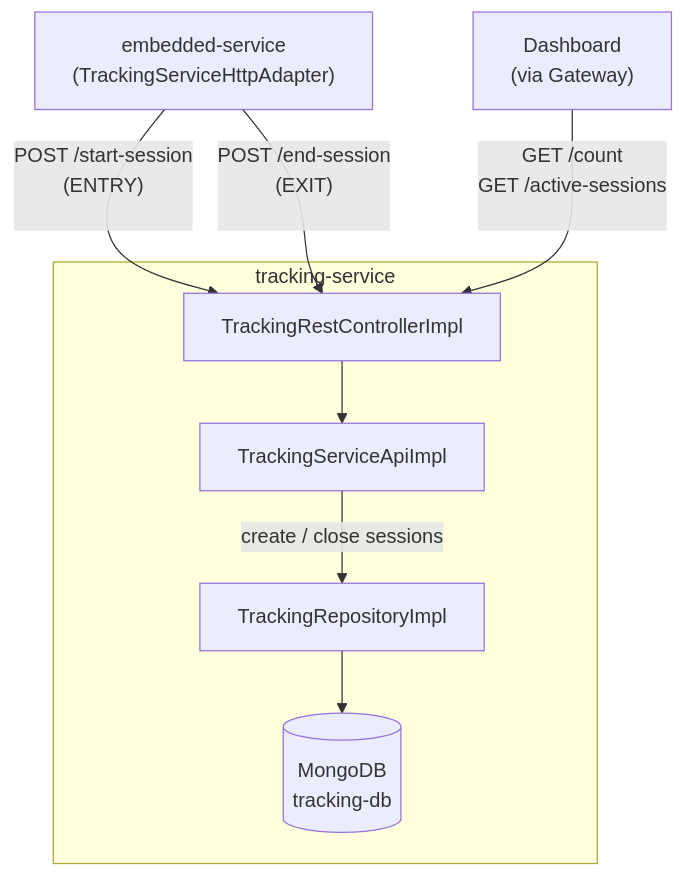
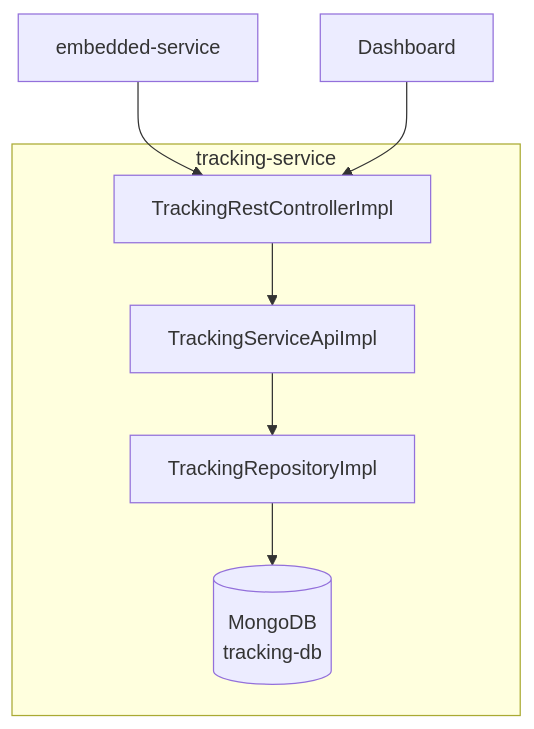
Before and after one commit to piertv21/SmartGym-Monitor: the fifth of 10 diagrams in docs/report/Implementation.md, drawn with Mermaid. The commit also changed other lines of this file and 6 other files, not shown here.

````diff
--- a/docs/report/Implementation.md
+++ b/docs/report/Implementation.md
@@ -167,16 +165,15 @@
 ```mermaid
 flowchart TD
-    EMB["embedded-service\n(TrackingServiceHttpAdapter)"]
-    DASH["Dashboard\n(via Gateway)"]
+    EMB["embedded-service"]
+    DASH["Dashboard"]
 
     subgraph tracking-service
         CTRL["TrackingRestControllerImpl"]
         CTRL --> API["TrackingServiceApiImpl"]
-        API -->|"create / close sessions"| REPO["TrackingRepositoryImpl"]
+        API --> REPO["TrackingRepositoryImpl"]
         REPO --> DB[(MongoDB\ntracking-db)]
     end
 
-    EMB -->|"POST /start-session\n(ENTRY)\n\n"| CTRL
-    EMB -->|"POST /end-session\n(EXIT)\n\n"| CTRL
-    DASH -->|"GET /count\n GET      /active-sessions \n\n"| CTRL
+    EMB --> CTRL
+    DASH --> CTRL
 ```
````
